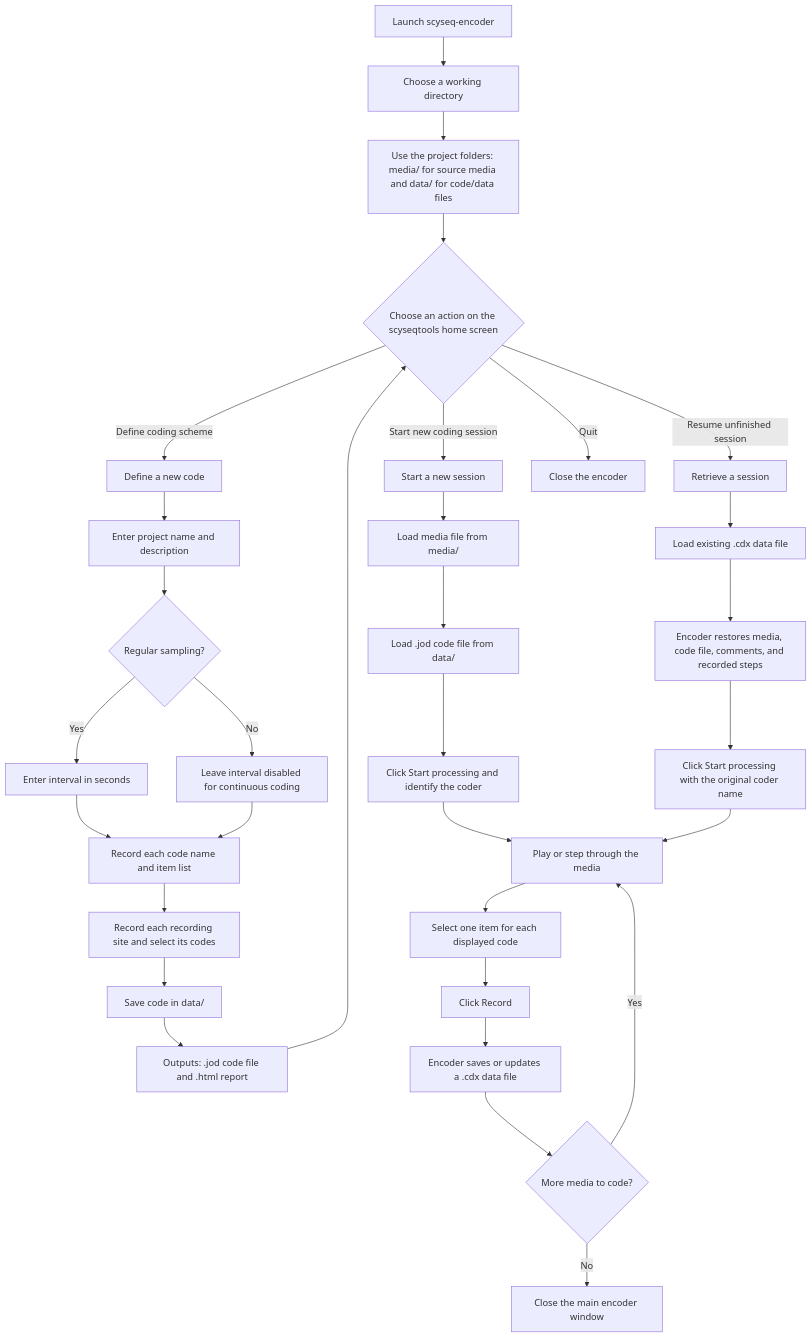
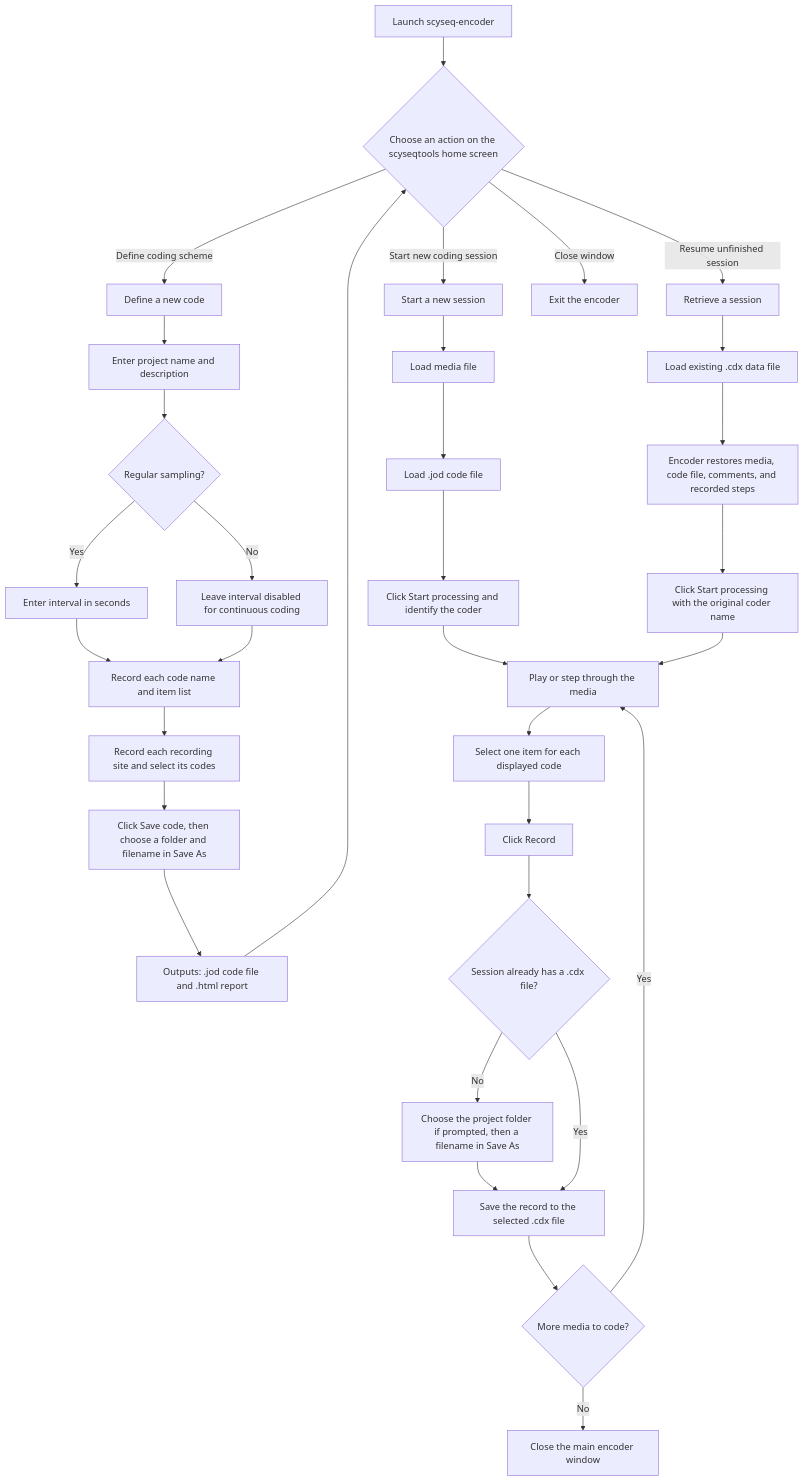
One commit to Dewmith/scyseqtools_official changed the diagram in docs/source/_static/encoder_workflow.mmd. Above: the diagram before and after it, drawn with Mermaid. The commit also changed 7 other files, not shown here.

```diff
--- a/docs/source/_static/encoder_workflow.mmd
+++ b/docs/source/_static/encoder_workflow.mmd
@@ -1,35 +1,36 @@
 flowchart TD
-    start["Launch scyseq-encoder"] --> workdir["Choose a working directory"]
-    workdir --> folders["Use the project folders: media/ for source media and data/ for code/data files"]
-    folders --> task{"Choose an action on the scyseqtools home screen"}
+    start["Launch scyseq-encoder"] --> task{"Choose an action on the scyseqtools home screen"}
 
     task -->|Define coding scheme| code_start["Define a new code"]
     code_start --> project["Enter project name and description"]
     project --> sampling{"Regular sampling?"}
     sampling -->|Yes| interval["Enter interval in seconds"]
     sampling -->|No| continuous["Leave interval disabled for continuous coding"]
     interval --> codes["Record each code name and item list"]
     continuous --> codes
     codes --> sites["Record each recording site and select its codes"]
-    sites --> save_code["Save code in data/"]
+    sites --> save_code["Click Save code, then choose a folder and filename in Save As"]
     save_code --> code_outputs["Outputs: .jod code file and .html report"]
     code_outputs --> task
 
     task -->|Start new coding session| session_start["Start a new session"]
-    session_start --> load_media["Load media file from media/"]
-    load_media --> load_code["Load .jod code file from data/"]
+    session_start --> load_media["Load media file"]
+    load_media --> load_code["Load .jod code file"]
     load_code --> start_processing["Click Start processing and identify the coder"]
     start_processing --> play["Play or step through the media"]
     play --> choose_codes["Select one item for each displayed code"]
     choose_codes --> record["Click Record"]
-    record --> save_data["Encoder saves or updates a .cdx data file"]
+    record --> has_file{"Session already has a .cdx file?"}
+    has_file -->|No| first_save["Choose the project folder if prompted, then a filename in Save As"]
+    first_save --> save_data["Save the record to the selected .cdx file"]
+    has_file -->|Yes| save_data
     save_data --> more{"More media to code?"}
     more -->|Yes| play
     more -->|No| quit["Close the main encoder window"]
 
     task -->|Resume unfinished session| resume_start["Retrieve a session"]
     resume_start --> load_data["Load existing .cdx data file"]
     load_data --> restore["Encoder restores media, code file, comments, and recorded steps"]
     restore --> resume_processing["Click Start processing with the original coder name"]
     resume_processing --> play
-    task -->|Quit| exit_app["Close the encoder"]
+    task -->|Close window| exit_app["Exit the encoder"]
```
